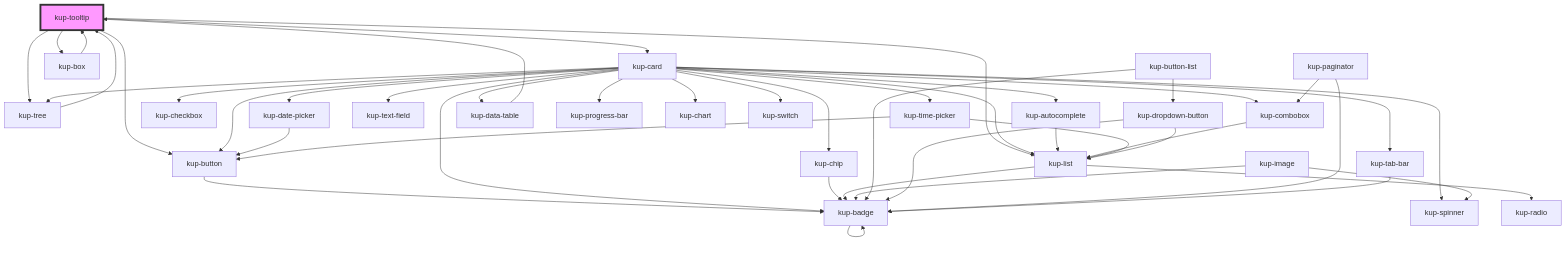
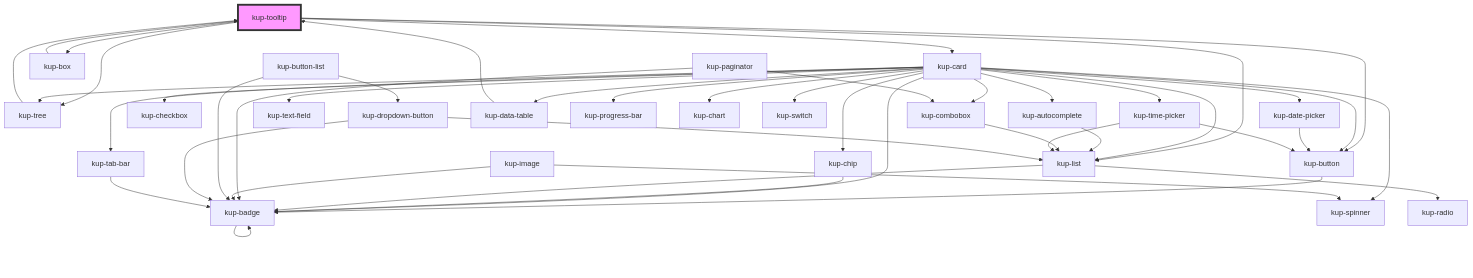
One commit to smeup/ketchup changed the diagram in packages/ketchup/src/components/kup-tooltip/readme.md. Above: the diagram before and after it, drawn with Mermaid. The commit also changed other lines of this file and 7 other files, not shown here.

````diff
--- a/packages/ketchup/src/components/kup-tooltip/readme.md
+++ b/packages/ketchup/src/components/kup-tooltip/readme.md
@@ -109,48 +109,48 @@
 ```mermaid
 graph TD;
   kup-tooltip --> kup-button
   kup-tooltip --> kup-card
   kup-tooltip --> kup-box
   kup-tooltip --> kup-list
   kup-tooltip --> kup-tree
   kup-button --> kup-badge
   kup-badge --> kup-badge
   kup-card --> kup-chip
   kup-card --> kup-badge
   kup-card --> kup-autocomplete
   kup-card --> kup-button
   kup-card --> kup-checkbox
   kup-card --> kup-combobox
   kup-card --> kup-date-picker
   kup-card --> kup-text-field
   kup-card --> kup-time-picker
   kup-card --> kup-data-table
   kup-card --> kup-list
   kup-card --> kup-progress-bar
   kup-card --> kup-chart
   kup-card --> kup-spinner
   kup-card --> kup-tab-bar
   kup-card --> kup-tree
   kup-card --> kup-switch
   kup-chip --> kup-badge
   kup-autocomplete --> kup-list
   kup-list --> kup-radio
   kup-list --> kup-badge
   kup-combobox --> kup-list
   kup-date-picker --> kup-button
   kup-time-picker --> kup-button
   kup-time-picker --> kup-list
   kup-data-table --> kup-tooltip
+  kup-paginator --> kup-combobox
+  kup-paginator --> kup-badge
   kup-image --> kup-spinner
   kup-image --> kup-badge
   kup-button-list --> kup-dropdown-button
   kup-button-list --> kup-badge
   kup-dropdown-button --> kup-list
   kup-dropdown-button --> kup-badge
-  kup-paginator --> kup-combobox
-  kup-paginator --> kup-badge
   kup-tab-bar --> kup-badge
   kup-tree --> kup-tooltip
   kup-box --> kup-tooltip
   style kup-tooltip fill:#f9f,stroke:#333,stroke-width:4px
 ```
````
